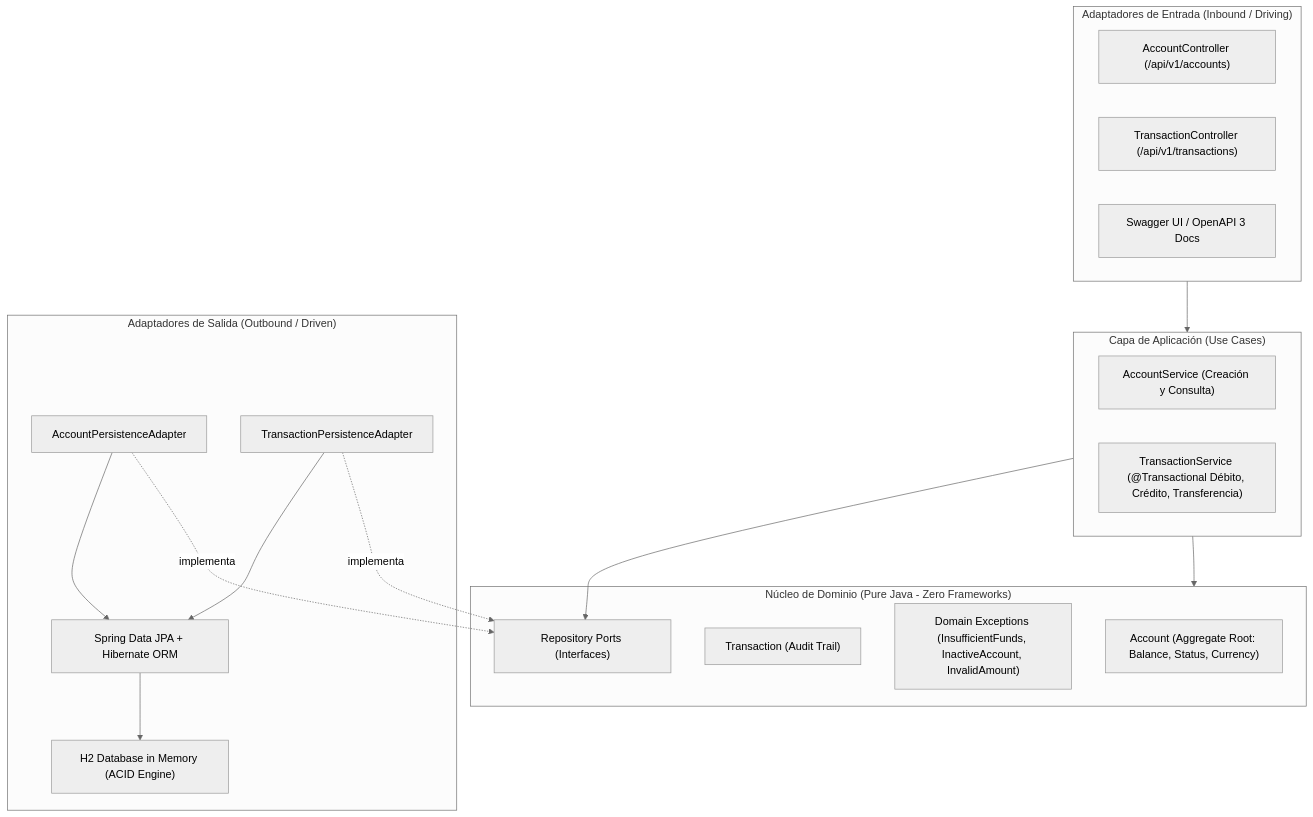
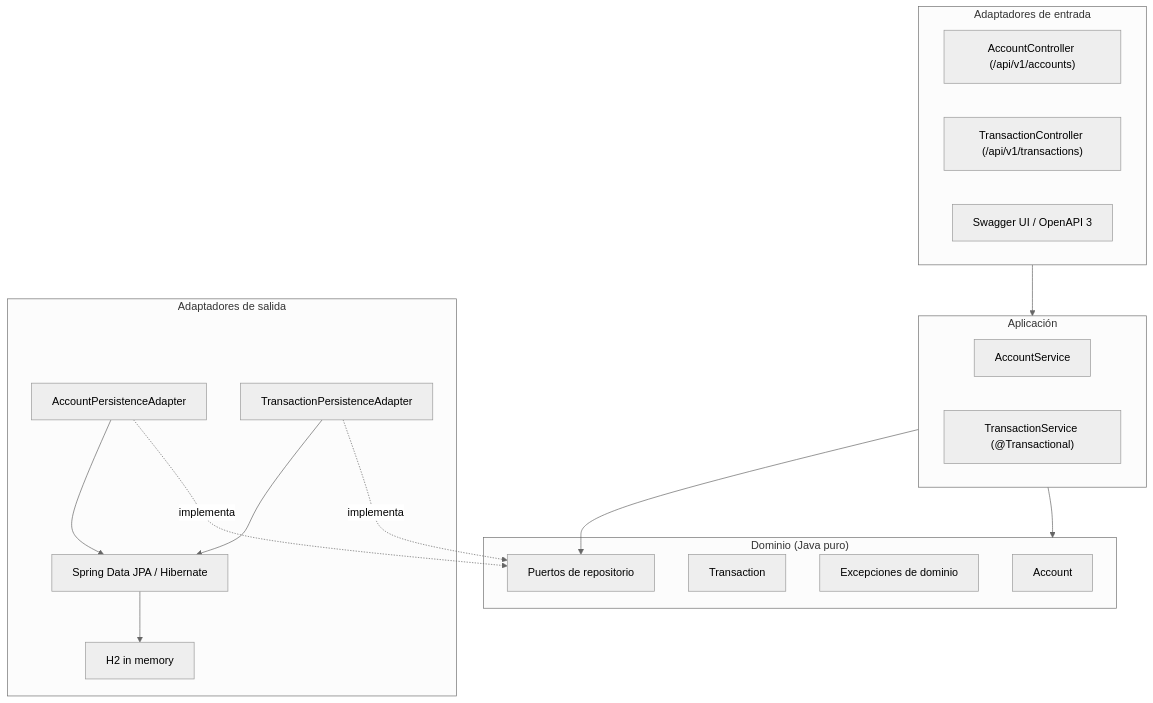
One commit to Gus7Ghost/java-core-banking-api changed the diagram in README.md. Above: the diagram before and after it, drawn with Mermaid (neutral theme). The commit also changed other lines of this file, not shown here.

````diff
--- a/README.md
+++ b/README.md
@@ -29,36 +22,36 @@
 ```mermaid
 flowchart TD
-    subgraph PrimaryAdapters["Adaptadores de Entrada (Inbound / Driving)"]
+    subgraph PrimaryAdapters["Adaptadores de entrada"]
         REST_Account["AccountController (/api/v1/accounts)"]
         REST_Tx["TransactionController (/api/v1/transactions)"]
-        Swagger["Swagger UI / OpenAPI 3 Docs"]
+        Swagger["Swagger UI / OpenAPI 3"]
     end
 
-    subgraph Application["Capa de Aplicación (Use Cases)"]
-        AccService["AccountService (Creación y Consulta)"]
-        TxService["TransactionService (@Transactional Débito, Crédito, Transferencia)"]
+    subgraph Application["Aplicación"]
+        AccService["AccountService"]
+        TxService["TransactionService (@Transactional)"]
     end
 
-    subgraph Domain["Núcleo de Dominio (Pure Java - Zero Frameworks)"]
-        Entity_Acc["Account (Aggregate Root: Balance, Status, Currency)"]
-        Entity_Tx["Transaction (Audit Trail)"]
-        Ex["Domain Exceptions (InsufficientFunds, InactiveAccount, InvalidAmount)"]
-        Ports_Out["Repository Ports (Interfaces)"]
+    subgraph Domain["Dominio (Java puro)"]
+        Entity_Acc["Account"]
+        Entity_Tx["Transaction"]
+        Ex["Excepciones de dominio"]
+        Ports_Out["Puertos de repositorio"]
     end
 
-    subgraph SecondaryAdapters["Adaptadores de Salida (Outbound / Driven)"]
+    subgraph SecondaryAdapters["Adaptadores de salida"]
         AccRepoAdapter["AccountPersistenceAdapter"]
         TxRepoAdapter["TransactionPersistenceAdapter"]
-        SpringData["Spring Data JPA + Hibernate ORM"]
-        H2["H2 Database in Memory (ACID Engine)"]
+        SpringData["Spring Data JPA / Hibernate"]
+        H2["H2 in memory"]
     end
 
     PrimaryAdapters --> Application
     Application --> Domain
     Application --> Ports_Out
     AccRepoAdapter -.->|implementa| Ports_Out
     TxRepoAdapter -.->|implementa| Ports_Out
     AccRepoAdapter --> SpringData
     TxRepoAdapter --> SpringData
     SpringData --> H2
 ```
````
